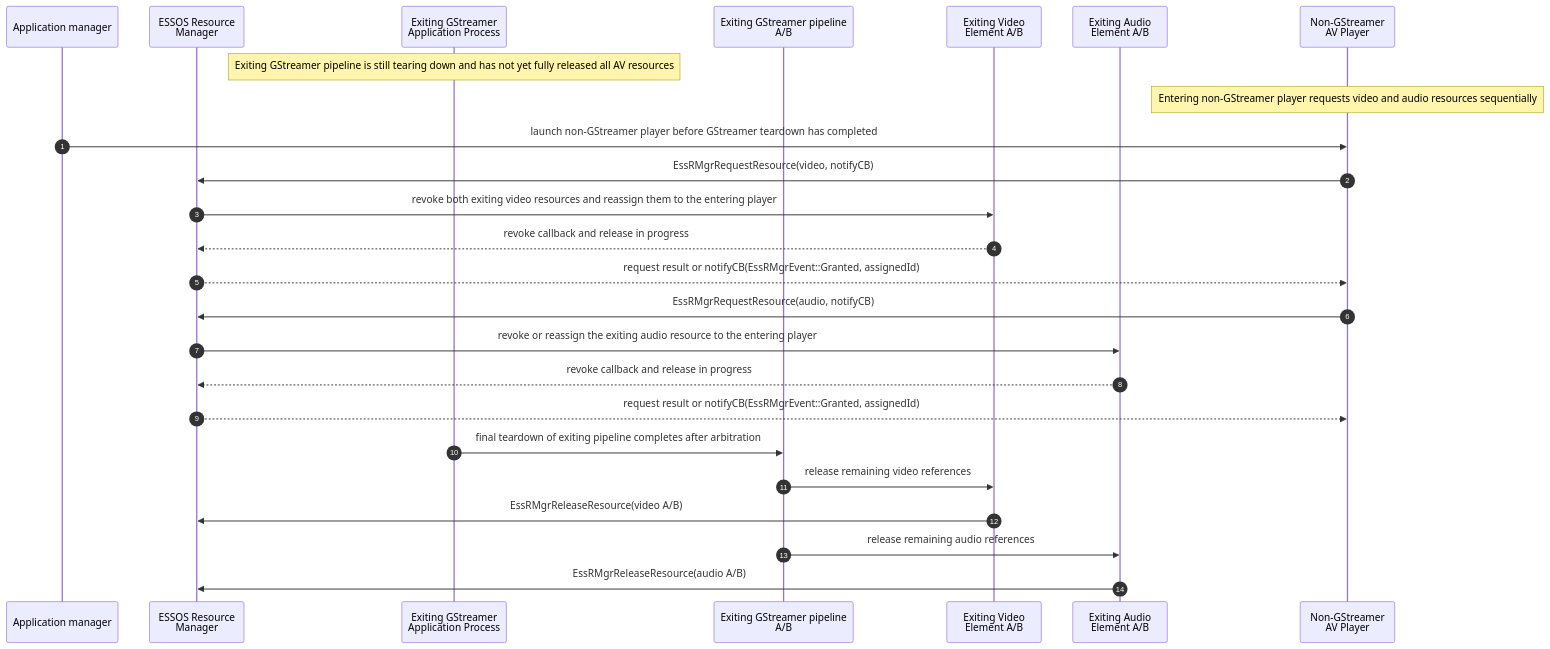
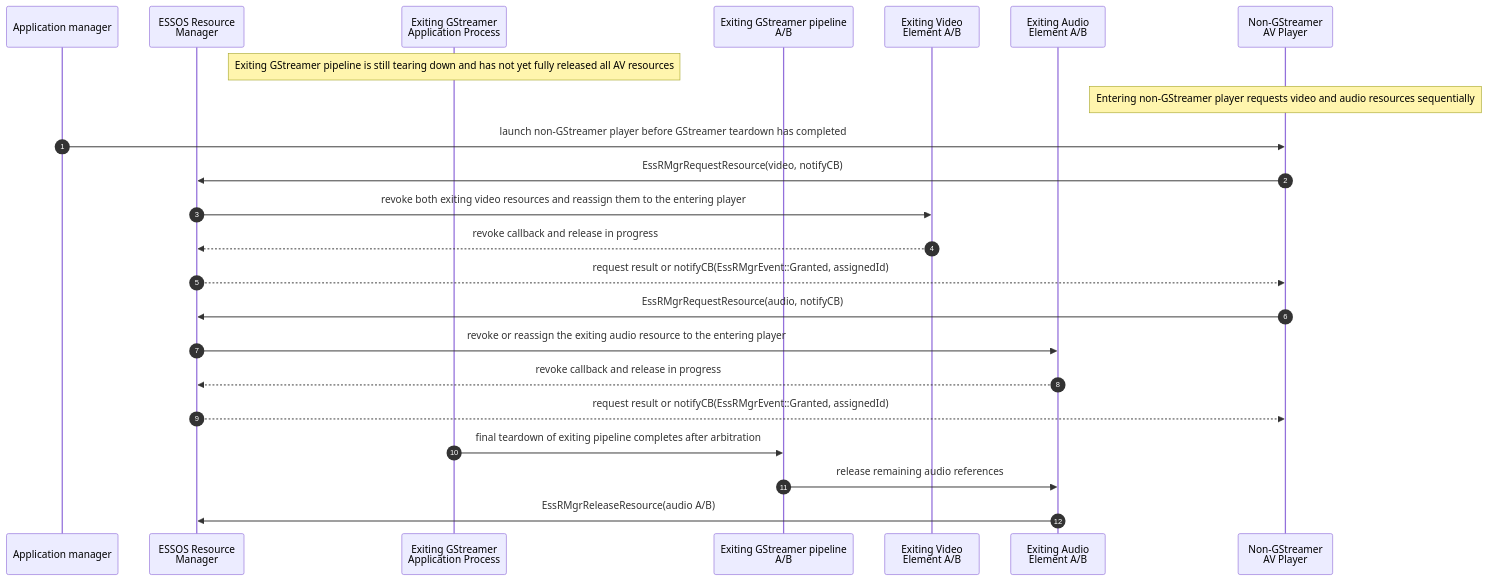
One commit to rdkcentral/rdk-hpk-documentation changed the fourth of 6 diagrams in doc/SPECIFICATION-dual-decode-legacy-av-hal-extension.md. Above: the diagram before and after it, drawn with Mermaid.

Commit message:
Remove redundant video release from disorderly teardown flow

````diff
--- a/doc/SPECIFICATION-dual-decode-legacy-av-hal-extension.md
+++ b/doc/SPECIFICATION-dual-decode-legacy-av-hal-extension.md
@@ -592,31 +592,29 @@
 ```mermaid
 sequenceDiagram
     autonumber
     participant AM as Application manager
     participant RM as ESSOS Resource<br/>Manager
     participant APP_GST_EXIT as Exiting GStreamer<br/>Application Process
     participant G_GST_EXIT as Exiting GStreamer pipeline<br/>A/B
     participant V_GST_EXIT as Exiting Video<br/>Element A/B
     participant A_GST_EXIT as Exiting Audio<br/>Element A/B
     participant APP_NG as Non-GStreamer<br/>AV Player
 
     Note over APP_GST_EXIT: Exiting GStreamer pipeline is still tearing down and has not yet fully released all AV resources
     Note over APP_NG: Entering non-GStreamer player requests video and audio resources sequentially
 
     AM->>APP_NG: launch non-GStreamer player before GStreamer teardown has completed
     APP_NG->>RM: EssRMgrRequestResource(video, notifyCB)
     RM->>V_GST_EXIT: revoke both exiting video resources and reassign them to the entering player
     V_GST_EXIT-->>RM: revoke callback and release in progress
     RM-->>APP_NG: request result or notifyCB(EssRMgrEvent::Granted, assignedId)
 
     APP_NG->>RM: EssRMgrRequestResource(audio, notifyCB)
     RM->>A_GST_EXIT: revoke or reassign the exiting audio resource to the entering player
     A_GST_EXIT-->>RM: revoke callback and release in progress
     RM-->>APP_NG: request result or notifyCB(EssRMgrEvent::Granted, assignedId)
 
     APP_GST_EXIT->>G_GST_EXIT: final teardown of exiting pipeline completes after arbitration
-    G_GST_EXIT->>V_GST_EXIT: release remaining video references
-    V_GST_EXIT->>RM: EssRMgrReleaseResource(video A/B)
     G_GST_EXIT->>A_GST_EXIT: release remaining audio references
     A_GST_EXIT->>RM: EssRMgrReleaseResource(audio A/B)
 ```
````
